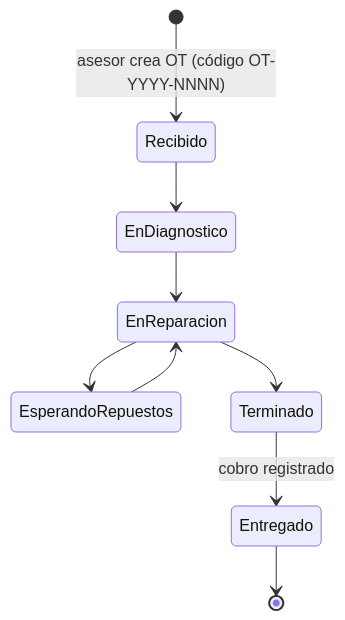
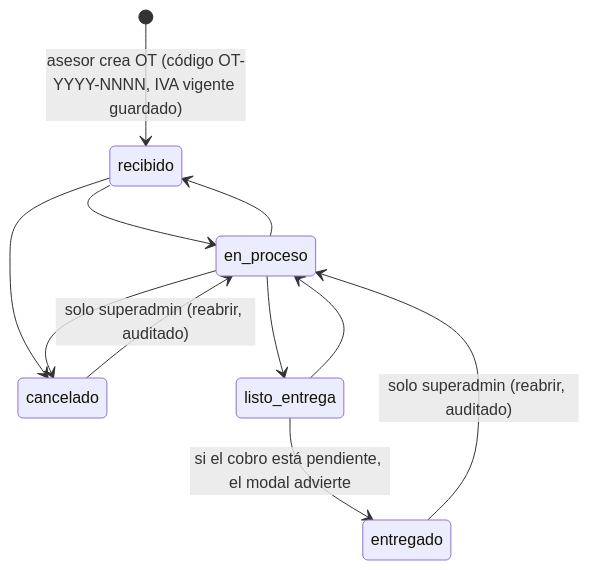
The fifth of 10 diagrams in docs/ARQUITECTURA.md (dannyjoeltenelema-debug/Taller-Automotriz), drawn with Mermaid before and after one commit. The commit also changed other lines of this file and 1 other file, not shown here.

````diff
--- a/docs/ARQUITECTURA.md
+++ b/docs/ARQUITECTURA.md
@@ -343,11 +406,13 @@
 ```mermaid
 stateDiagram-v2
-    [*] --> Recibido: asesor crea OT (código OT-YYYY-NNNN)
-    Recibido --> EnDiagnostico
-    EnDiagnostico --> EnReparacion
-    EnReparacion --> EsperandoRepuestos
-    EsperandoRepuestos --> EnReparacion
-    EnReparacion --> Terminado
-    Terminado --> Entregado: cobro registrado
-    Entregado --> [*]
+    [*] --> recibido: asesor crea OT (código OT-YYYY-NNNN, IVA vigente guardado)
+    recibido --> en_proceso
+    recibido --> cancelado
+    en_proceso --> listo_entrega
+    en_proceso --> recibido
+    en_proceso --> cancelado
+    listo_entrega --> entregado: si el cobro está pendiente, el modal advierte
+    listo_entrega --> en_proceso
+    entregado --> en_proceso: solo superadmin (reabrir, auditado)
+    cancelado --> en_proceso: solo superadmin (reabrir, auditado)
 ```
````
